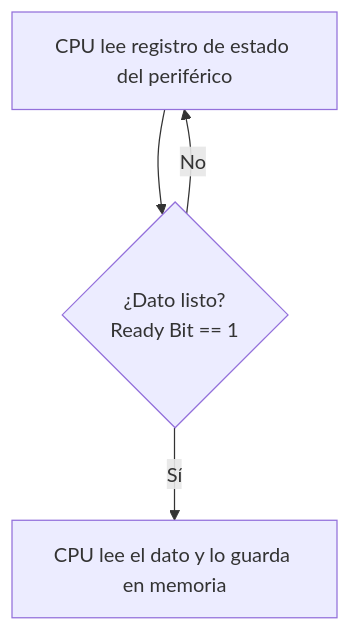
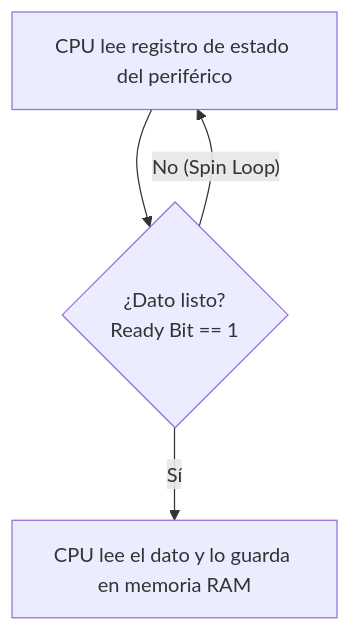
One commit to kalech7/notes changed the fourth of 7 diagrams in Obsidian/pregrado/Documentos/Arquitectura de computadores/Buses, Interconexion y Comunicacion de Entrada-Salida (DMA e Interrupciones).md. Above: the diagram before and after it, drawn with Mermaid. The commit also changed other lines of this file and 7 other files, not shown here.

````diff
--- a/Obsidian/pregrado/Documentos/Arquitectura de computadores/Buses, Interconexion y Comunicacion de Entrada-Salida (DMA e Interrupciones).md
+++ b/Obsidian/pregrado/Documentos/Arquitectura de computadores/Buses, Interconexion y Comunicacion de Entrada-Salida (DMA e Interrupciones).md
@@ -169,6 +224,6 @@
 ```mermaid
 flowchart TD
     CPU_Loop[CPU lee registro de estado del periférico] --> Check{¿Dato listo?<br>Ready Bit == 1}
-    Check -- No --> CPU_Loop
-    Check -- Sí --> Read_Data[CPU lee el dato y lo guarda en memoria]
+    Check -- No (Spin Loop) --> CPU_Loop
+    Check -- Sí --> Read_Data[CPU lee el dato y lo guarda en memoria RAM]
 ```
````
